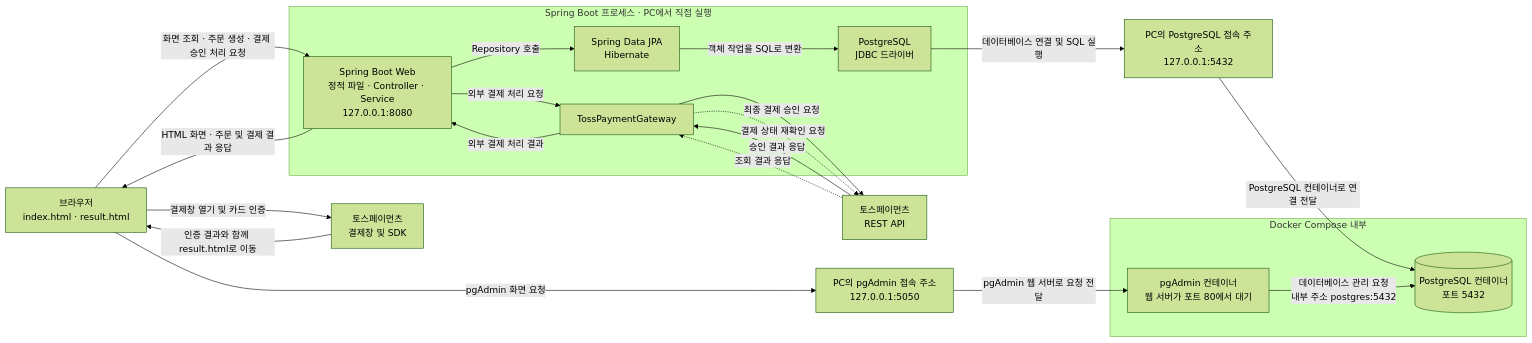
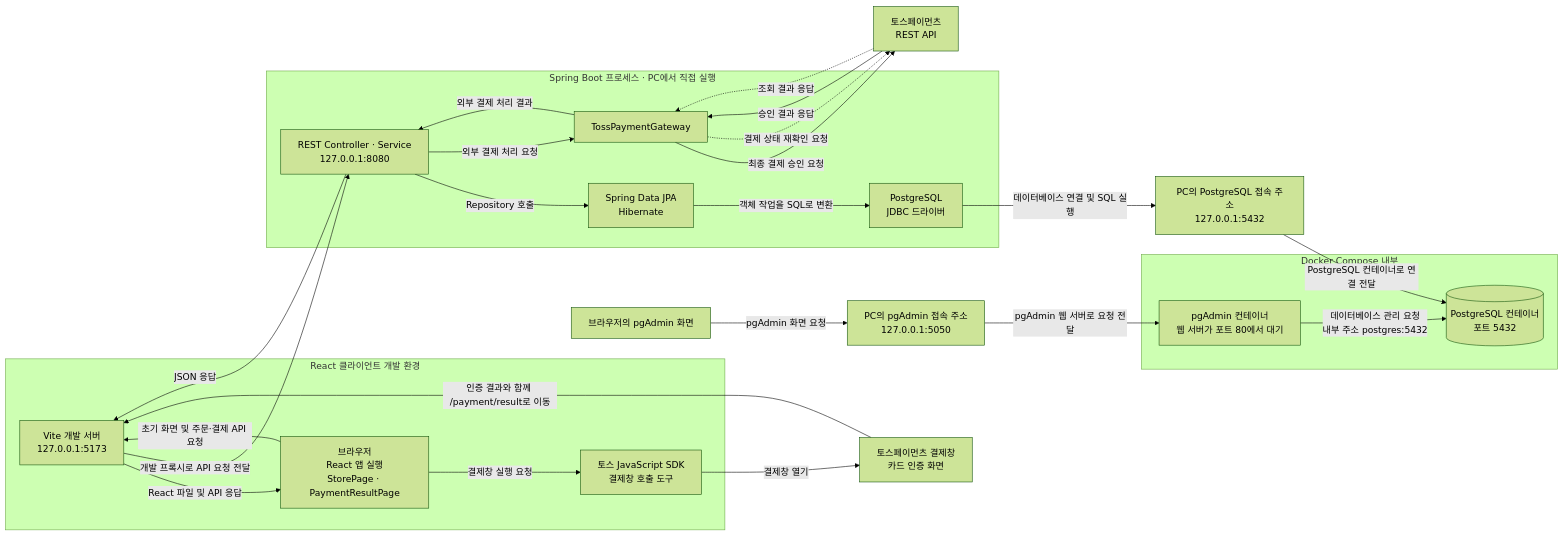
One commit to lee-gimoon/payment-service changed the diagram in README.md. Above: the diagram before and after it, drawn with Mermaid (forest theme). The commit also changed other lines of this file and 29 other files, not shown here.

````diff
--- a/README.md
+++ b/README.md
@@ -33,45 +35,53 @@
 ```mermaid
 flowchart LR
-    Browser["브라우저<br/>index.html · result.html"]
+    subgraph Client["React 클라이언트 개발 환경"]
+        Vite["Vite 개발 서버<br/>127.0.0.1:5173"]
+        Browser["브라우저<br/>React 앱 실행<br/>StorePage · PaymentResultPage"]
+        TossSdk["토스 JavaScript SDK<br/>결제창 호출 도구"]
+
+        Browser -->|"초기 화면 및 주문·결제 API 요청"| Vite
+        Vite -->|"React 파일 및 API 응답"| Browser
+        Browser -->|"결제창 실행 요청"| TossSdk
+    end
 
     subgraph App["Spring Boot 프로세스 · PC에서 직접 실행"]
-        Web["Spring Boot Web<br/>정적 파일 · Controller · Service<br/>127.0.0.1:8080"]
+        Web["REST Controller · Service<br/>127.0.0.1:8080"]
         Jpa["Spring Data JPA<br/>Hibernate"]
         Jdbc["PostgreSQL<br/>JDBC 드라이버"]
         Gateway["TossPaymentGateway"]
 
         Web -->|"Repository 호출"| Jpa
         Jpa -->|"객체 작업을 SQL로 변환"| Jdbc
         Web -->|"외부 결제 처리 요청"| Gateway
         Gateway -->|"외부 결제 처리 결과"| Web
     end
 
     DbHost["PC의 PostgreSQL 접속 주소<br/>127.0.0.1:5432"]
     AdminHost["PC의 pgAdmin 접속 주소<br/>127.0.0.1:5050"]
 
     subgraph Docker["Docker Compose 내부"]
         Admin["pgAdmin 컨테이너<br/>웹 서버가 포트 80에서 대기"]
         DB[("PostgreSQL 컨테이너<br/>포트 5432")]
     end
 
-    TossCheckout["토스페이먼츠<br/>결제창 및 SDK"]
+    TossCheckout["토스페이먼츠 결제창<br/>카드 인증 화면"]
     TossApi["토스페이먼츠<br/>REST API"]
 
-    Browser -->|"화면 조회 · 주문 생성 · 결제 승인 처리 요청"| Web
-    Web -->|"HTML 화면 · 주문 및 결제 결과 응답"| Browser
+    Vite -->|"개발 프록시로 API 요청 전달"| Web
+    Web -->|"JSON 응답"| Vite
 
     Jdbc -->|"데이터베이스 연결 및 SQL 실행"| DbHost
     DbHost -->|"PostgreSQL 컨테이너로 연결 전달"| DB
 
-    Browser -->|"pgAdmin 화면 요청"| AdminHost
-    AdminHost -->|"pgAdmin 웹 서버로 요청 전달"| Admin
-    Admin -->|"데이터베이스 관리 요청<br/>내부 주소 postgres:5432"| DB
-
-    Browser -->|"결제창 열기 및 카드 인증"| TossCheckout
-    TossCheckout -->|"인증 결과와 함께 result.html로 이동"| Browser
+    TossSdk -->|"결제창 열기"| TossCheckout
+    TossCheckout -->|"인증 결과와 함께 /payment/result로 이동"| Vite
     Gateway -->|"최종 결제 승인 요청"| TossApi
     TossApi -->|"승인 결과 응답"| Gateway
 
     Gateway -.->|"결제 상태 재확인 요청"| TossApi
     TossApi -.->|"조회 결과 응답"| Gateway
+
+    UserBrowser["브라우저의 pgAdmin 화면"] -->|"pgAdmin 화면 요청"| AdminHost
+    AdminHost -->|"pgAdmin 웹 서버로 요청 전달"| Admin
+    Admin -->|"데이터베이스 관리 요청<br/>내부 주소 postgres:5432"| DB
 ```
````
